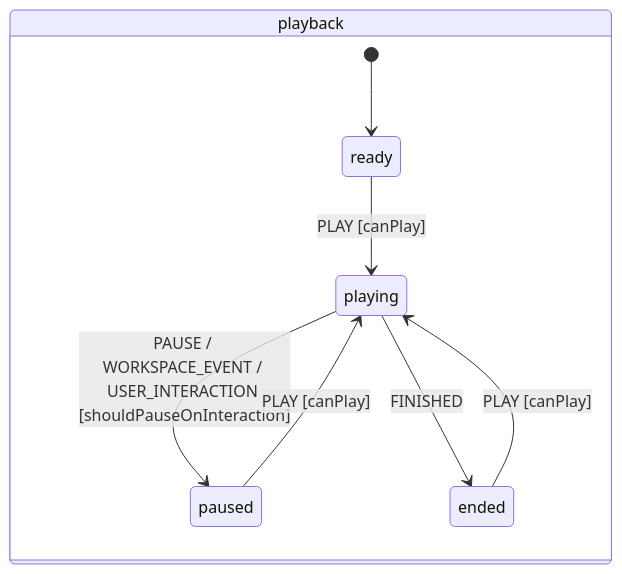
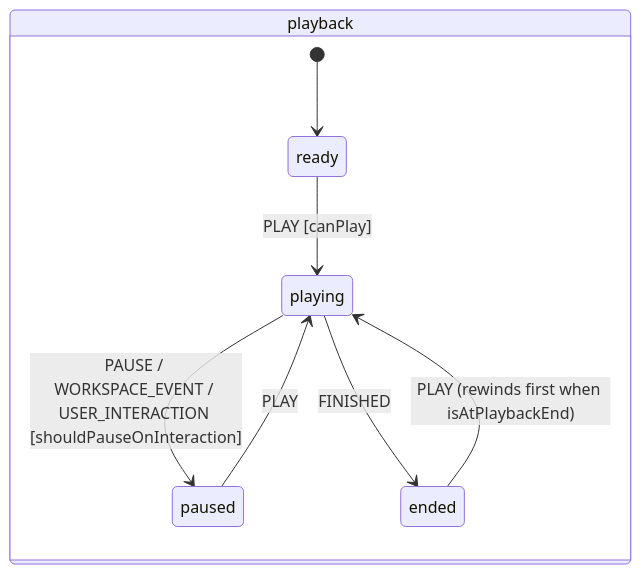
One commit to channyeintun/next-editor changed the third of 5 diagrams in docs/state-machines.md. Above: the diagram before and after it, drawn with Mermaid. The commit also changed other lines of this file, not shown here.

````diff
--- a/docs/state-machines.md
+++ b/docs/state-machines.md
@@ -188,11 +192,11 @@
 ```mermaid
 stateDiagram-v2
     state playback {
         [*] --> ready
         ready --> playing : PLAY [canPlay]
         playing --> paused : PAUSE / WORKSPACE_EVENT / USER_INTERACTION [shouldPauseOnInteraction]
         playing --> ended : FINISHED
-        paused --> playing : PLAY [canPlay]
-        ended --> playing : PLAY [canPlay]
+        paused --> playing : PLAY
+        ended --> playing : PLAY (rewinds first when isAtPlaybackEnd)
     }
 ```
````
